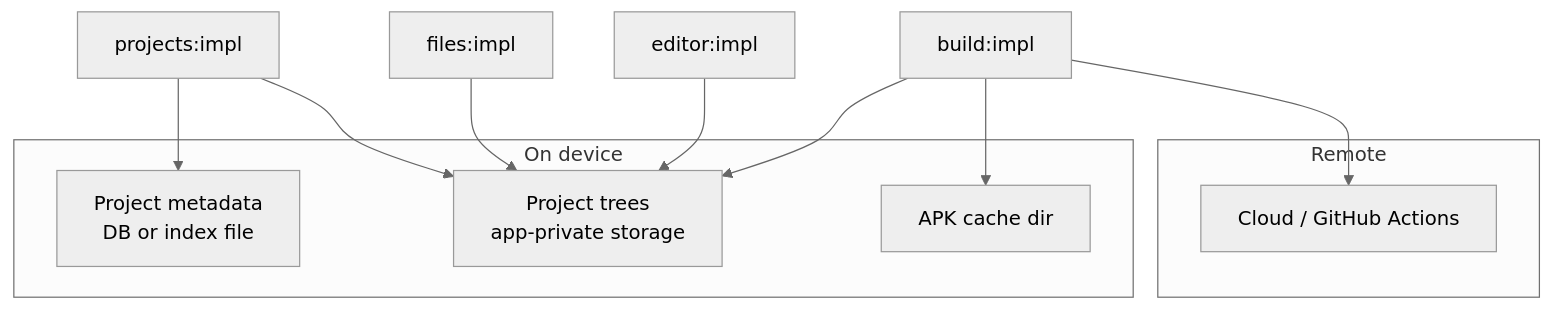
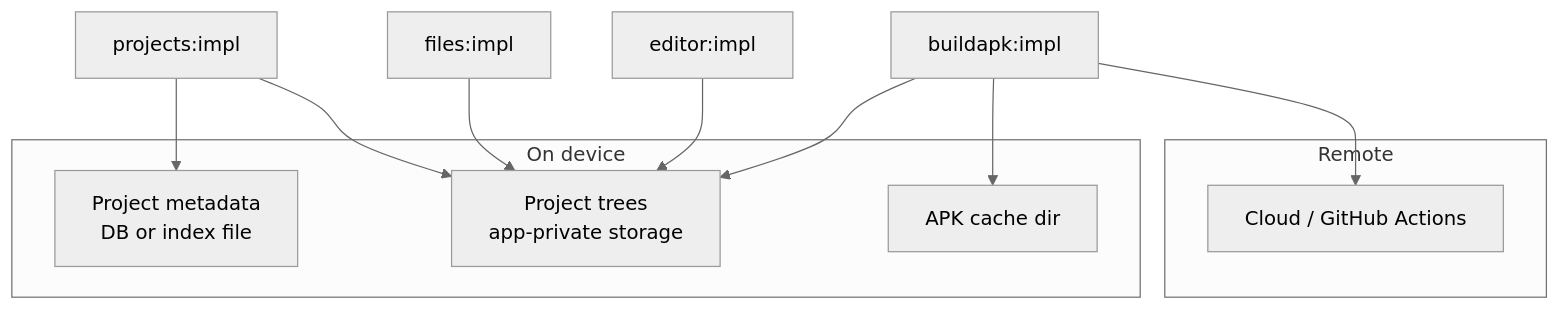
Before and after one commit to Al-Qassim/Android-Studio-Lite: the fifth of 5 diagrams in project/architecture.md, drawn with Mermaid (neutral theme). The commit also changed other lines of this file and 15 other files, not shown here.

First line of the commit message:
Rename :feature:build to :feature:buildapk.

````diff
--- a/project/architecture.md
+++ b/project/architecture.md
@@ -612,20 +612,20 @@
 ```mermaid
 flowchart TB
   subgraph device [On device]
     meta[Project metadata<br/>DB or index file]
     fs[Project trees<br/>app-private storage]
     apkCache[APK cache dir]
   end
 
   subgraph remote [Remote]
     ci[Cloud / GitHub Actions]
   end
 
   P[projects:impl] --> meta
   P --> fs
   F[files:impl] --> fs
   E[editor:impl] --> fs
-  B[build:impl] --> fs
+  B[buildapk:impl] --> fs
   B --> apkCache
   B --> ci
 ```
````
